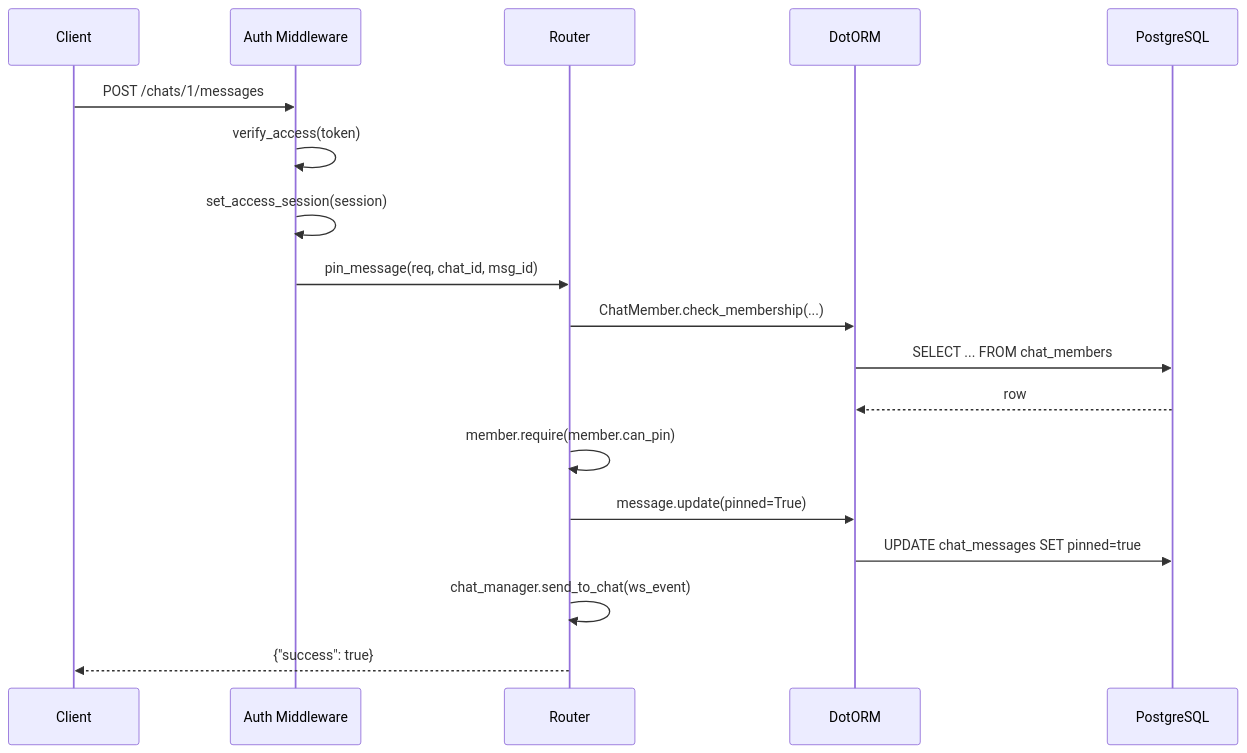
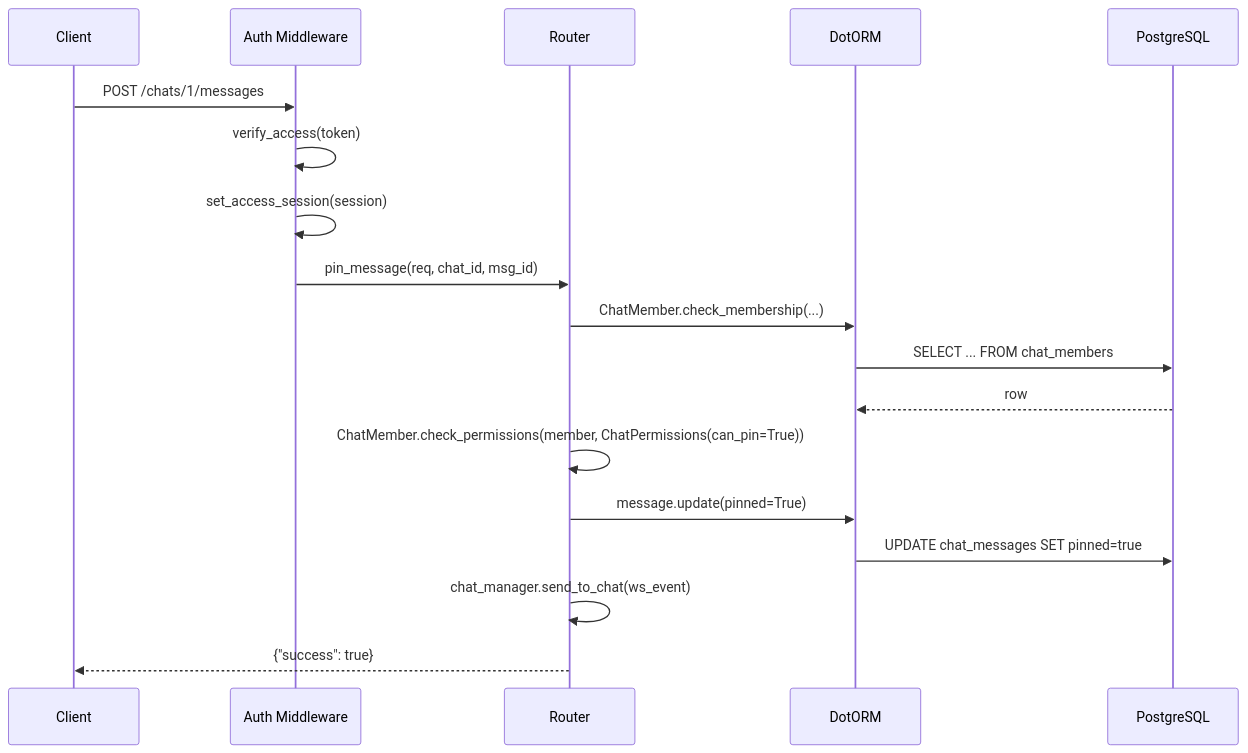
One commit to shurshilov/faracrm changed the third of 3 diagrams in docs/dist/backend/architecture/overview.md. Above: the diagram before and after it, drawn with Mermaid. The commit also changed 23 other files, not shown here.

````diff
--- a/docs/dist/backend/architecture/overview.md
+++ b/docs/dist/backend/architecture/overview.md
@@ -117,21 +117,21 @@
 ```mermaid
 sequenceDiagram
     participant C as Client
     participant MW as Auth Middleware
     participant R as Router
     participant ORM as DotORM
     participant DB as PostgreSQL
 
     C->>MW: POST /chats/1/messages
     MW->>MW: verify_access(token)
     MW->>MW: set_access_session(session)
     MW->>R: pin_message(req, chat_id, msg_id)
     R->>ORM: ChatMember.check_membership(...)
     ORM->>DB: SELECT ... FROM chat_members
     DB-->>ORM: row
-    R->>R: member.require(member.can_pin)
+    R->>R: ChatMember.check_permissions(member, ChatPermissions(can_pin=True))
     R->>ORM: message.update(pinned=True)
     ORM->>DB: UPDATE chat_messages SET pinned=true
     R->>R: chat_manager.send_to_chat(ws_event)
     R-->>C: {"success": true}
 ```
````
